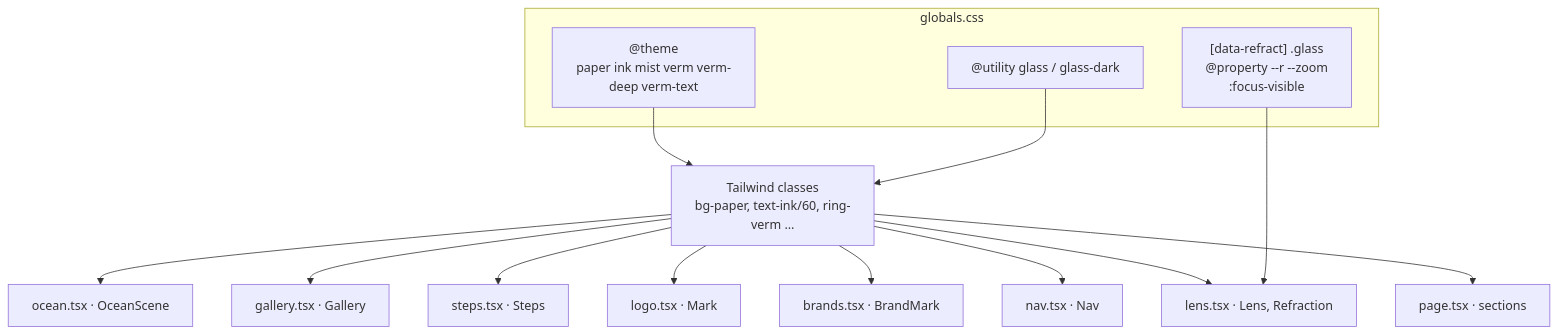
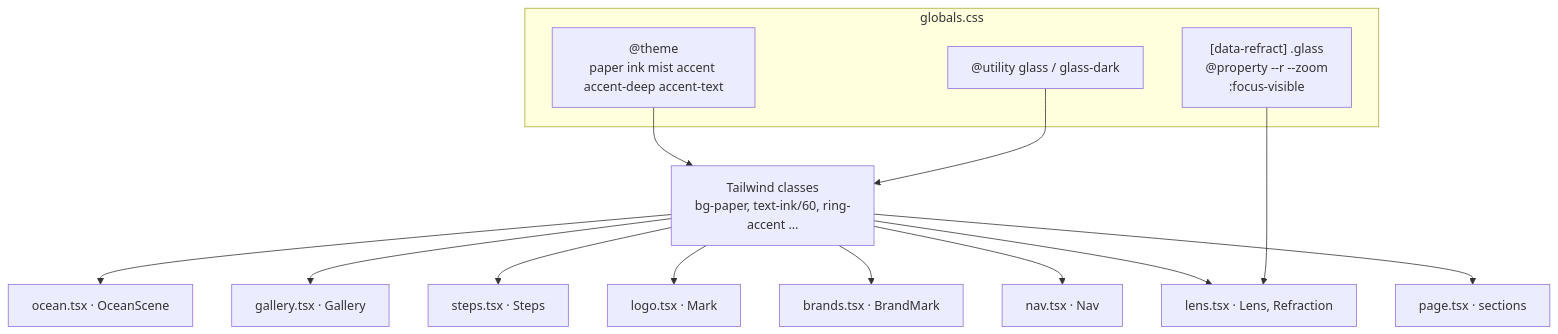
One commit to PUCTech/rayume changed the eighth of 8 diagrams in docs/design/README.md. Above: the diagram before and after it, drawn with Mermaid. The commit also changed other lines of this file and 13 other files, not shown here.

````diff
--- a/docs/design/README.md
+++ b/docs/design/README.md
@@ -379,19 +384,19 @@
 ```mermaid
 flowchart TB
   subgraph css["globals.css"]
-    T["@theme<br/>paper ink mist verm verm-deep verm-text"]
+    T["@theme<br/>paper ink mist accent accent-deep accent-text"]
     U["@utility glass / glass-dark"]
     X["[data-refract] .glass<br/>@property --r --zoom<br/>:focus-visible"]
   end
-  T --> TW["Tailwind classes<br/>bg-paper, text-ink/60, ring-verm …"]
+  T --> TW["Tailwind classes<br/>bg-paper, text-ink/60, ring-accent …"]
   U --> TW
   TW --> PG["page.tsx · sections"]
   TW --> NV["nav.tsx · Nav"]
   TW --> LN["lens.tsx · Lens, Refraction"]
   TW --> BR["brands.tsx · BrandMark"]
   TW --> LG["logo.tsx · Mark"]
   TW --> ST["steps.tsx · Steps"]
   TW --> GA["gallery.tsx · Gallery"]
   TW --> OC["ocean.tsx · OceanScene"]
   X --> LN
 ```
````
